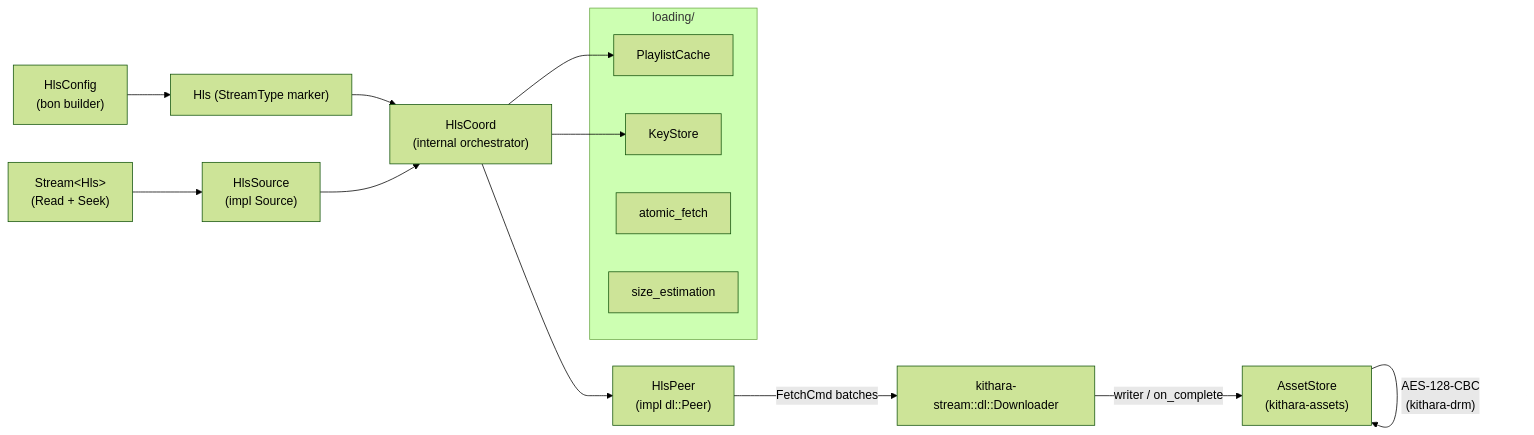
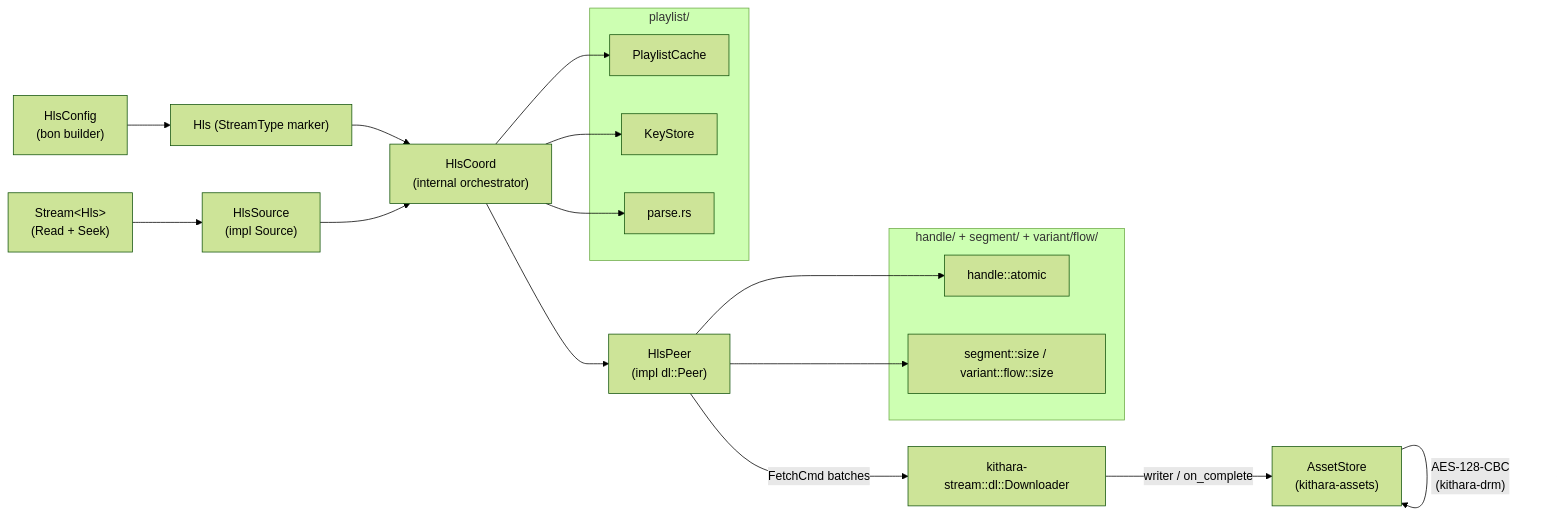
One commit to zvuk/kithara changed the diagram in crates/kithara-hls/CONTEXT.md. Above: the diagram before and after it, drawn with Mermaid (forest theme). The commit also changed other lines of this file and 303 other files, not shown here.

````diff
--- a/crates/kithara-hls/CONTEXT.md
+++ b/crates/kithara-hls/CONTEXT.md
@@ -7,23 +7,30 @@
 ```mermaid
 flowchart LR
     Cfg["HlsConfig<br/>(bon builder)"]
     Cfg --> Hls["Hls (StreamType marker)"]
     Hls --> Coord["HlsCoord<br/>(internal orchestrator)"]
 
-    subgraph Loading["loading/"]
+    subgraph Playlist["playlist/"]
         PC["PlaylistCache"]
         KM["KeyStore"]
-        AF["atomic_fetch"]
-        SE["size_estimation"]
+        PM["parse.rs"]
+    end
+
+    subgraph Fetch["handle/ + segment/ + variant/flow/"]
+        AF["handle::atomic"]
+        SE["segment::size / variant::flow::size"]
     end
 
     Coord --> Peer["HlsPeer<br/>(impl dl::Peer)"]
     Coord --> PC
     Coord --> KM
+    Coord --> PM
     Peer -- "FetchCmd batches" --> DL["kithara-stream::dl::Downloader"]
+    Peer --> AF
+    Peer --> SE
     DL -- "writer / on_complete" --> AS["AssetStore<br/>(kithara-assets)"]
     AS -- "AES-128-CBC<br/>(kithara-drm)" --> AS
 
     Source["HlsSource<br/>(impl Source)"] --> Coord
     Stream2["Stream&lt;Hls&gt;<br/>(Read + Seek)"] --> Source
 ```
````
